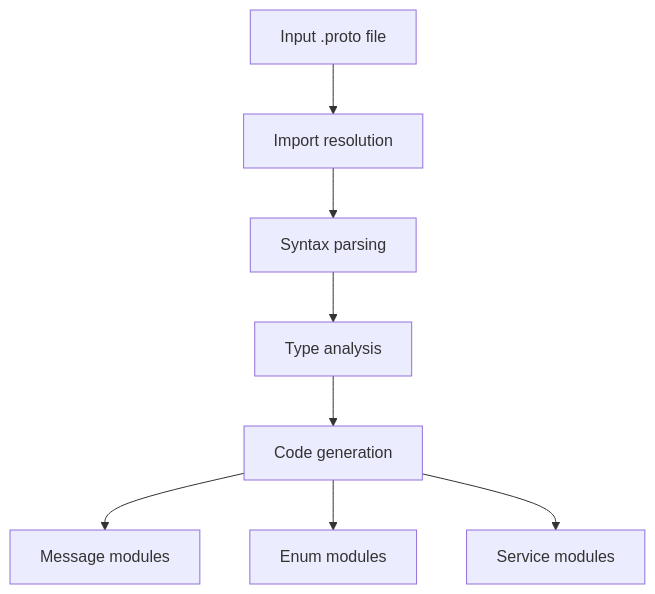
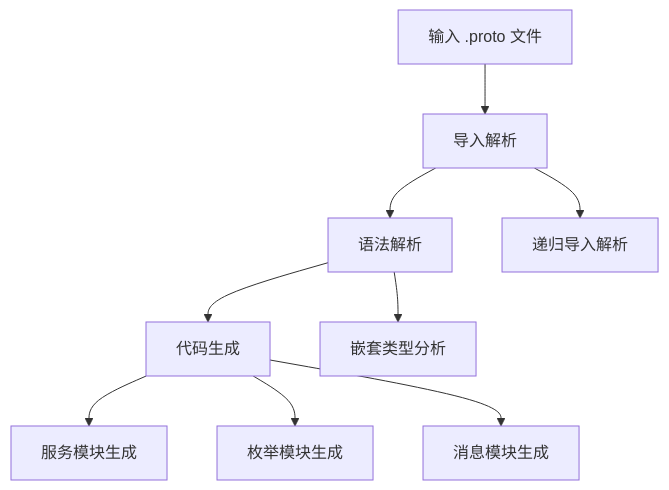
One commit to webc-site/npm changed the diagram in proto2js/readme/zh/README.md. Above: the diagram before and after it, drawn with Mermaid. The commit also changed other lines of this file and 1 other file, not shown here.

Commit message:
docs: enhance READMEs with ESM support details, batch processing, and updated architecture diagrams

````diff
--- a/proto2js/readme/zh/README.md
+++ b/proto2js/readme/zh/README.md
@@ -34,10 +37,11 @@
 ```mermaid
 graph TD
-A[Input .proto file] --> B[Import resolution]
-B --> C[Syntax parsing]
-C --> D[Type analysis]
-D --> E[Code generation]
-E --> F[Message modules]
-E --> G[Enum modules]
-E --> H[Service modules]
+A[输入 .proto 文件] --> B[导入解析]
+B --> C[语法解析]
+C --> D[代码生成]
+B --> B1[递归导入解析]
+C --> C1[嵌套类型分析]
+D --> D1[服务模块生成]
+D --> D2[枚举模块生成]
+D --> D3[消息模块生成]
 ```
````
